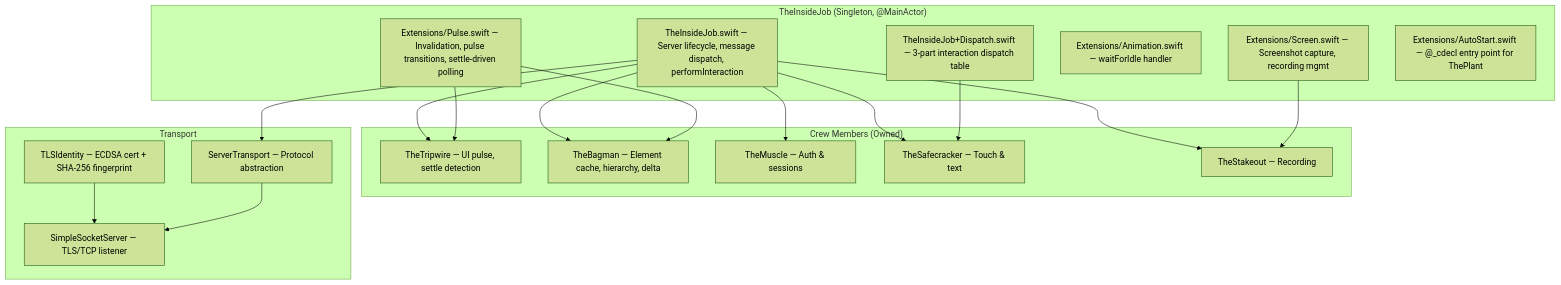
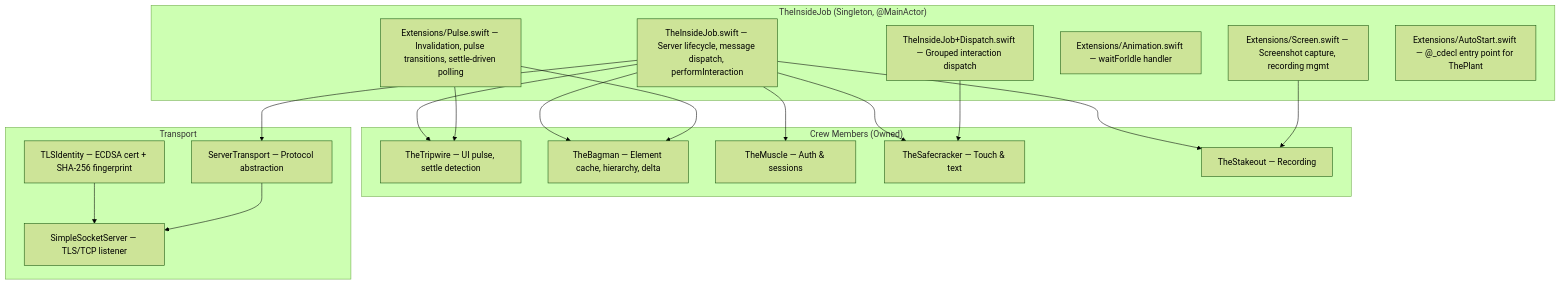
Before and after one commit to RoyalPineapple/TheButtonHeist: the first of 5 diagrams in docs/dossiers/07-THEINSIDEJOB.md, drawn with Mermaid (forest theme). The commit also changed other lines of this file and 23 other files, not shown here.

````diff
--- a/docs/dossiers/07-THEINSIDEJOB.md
+++ b/docs/dossiers/07-THEINSIDEJOB.md
@@ -23,38 +23,38 @@
 ```mermaid
 graph TD
     subgraph TheInsideJob["TheInsideJob (Singleton, @MainActor)"]
         Core["TheInsideJob.swift — Server lifecycle, message dispatch, performInteraction"]
-        Dispatch["TheInsideJob+Dispatch.swift — 3-part interaction dispatch table"]
+        Dispatch["TheInsideJob+Dispatch.swift — Grouped interaction dispatch"]
         Pulse["Extensions/Pulse.swift — Invalidation, pulse transitions, settle-driven polling"]
         Anim["Extensions/Animation.swift — waitForIdle handler"]
         Screen["Extensions/Screen.swift — Screenshot capture, recording mgmt"]
         Auto["Extensions/AutoStart.swift — @_cdecl entry point for ThePlant"]
     end
 
     subgraph Crew["Crew Members (Owned)"]
         Tripwire["TheTripwire — UI pulse, settle detection"]
         Bagman["TheBagman — Element cache, hierarchy, delta"]
         Muscle["TheMuscle — Auth & sessions"]
         Safecracker["TheSafecracker — Touch & text"]
         Stakeout["TheStakeout — Recording"]
     end
 
     subgraph Transport["Transport"]
         Server["SimpleSocketServer — TLS/TCP listener"]
         STransport["ServerTransport — Protocol abstraction"]
         TLS["TLSIdentity — ECDSA cert + SHA-256 fingerprint"]
     end
 
     TLS --> Server
     STransport --> Server
     Core --> Muscle
     Core --> Safecracker
     Core --> Stakeout
     Core --> Tripwire
     Core --> Bagman
     Core --> STransport
     Dispatch --> Safecracker
     Pulse --> Bagman
     Pulse --> Tripwire
     Screen --> Stakeout
 ```
````
